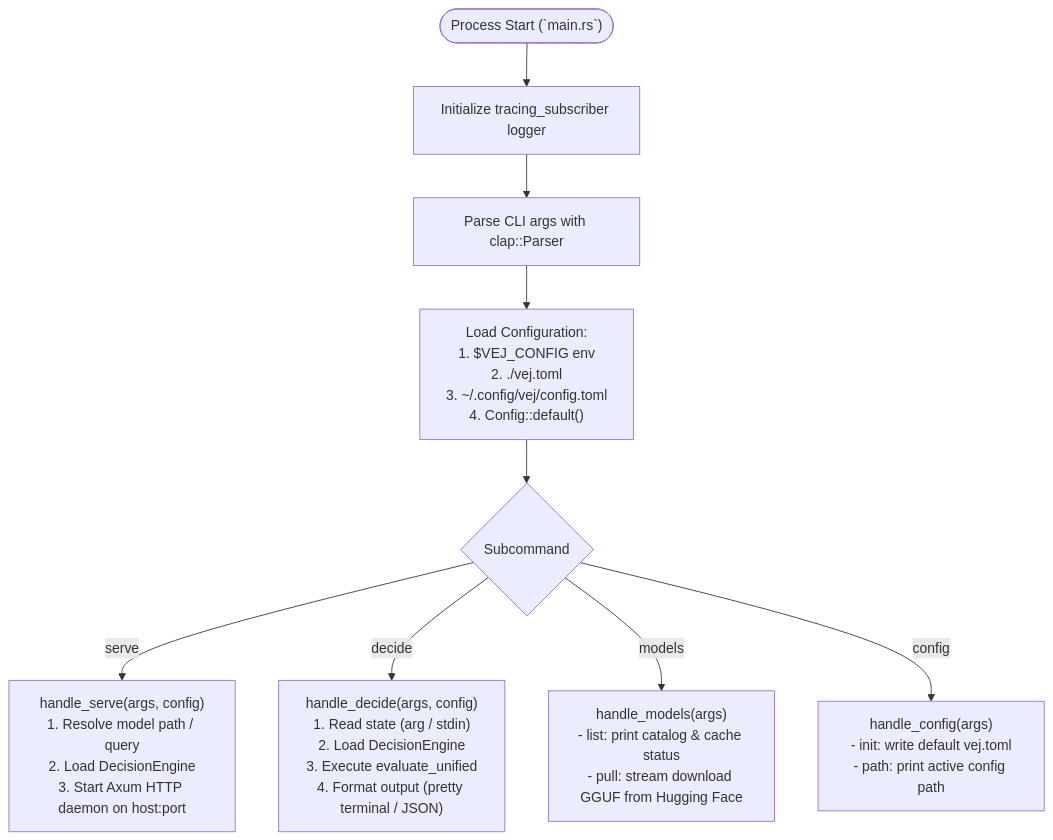
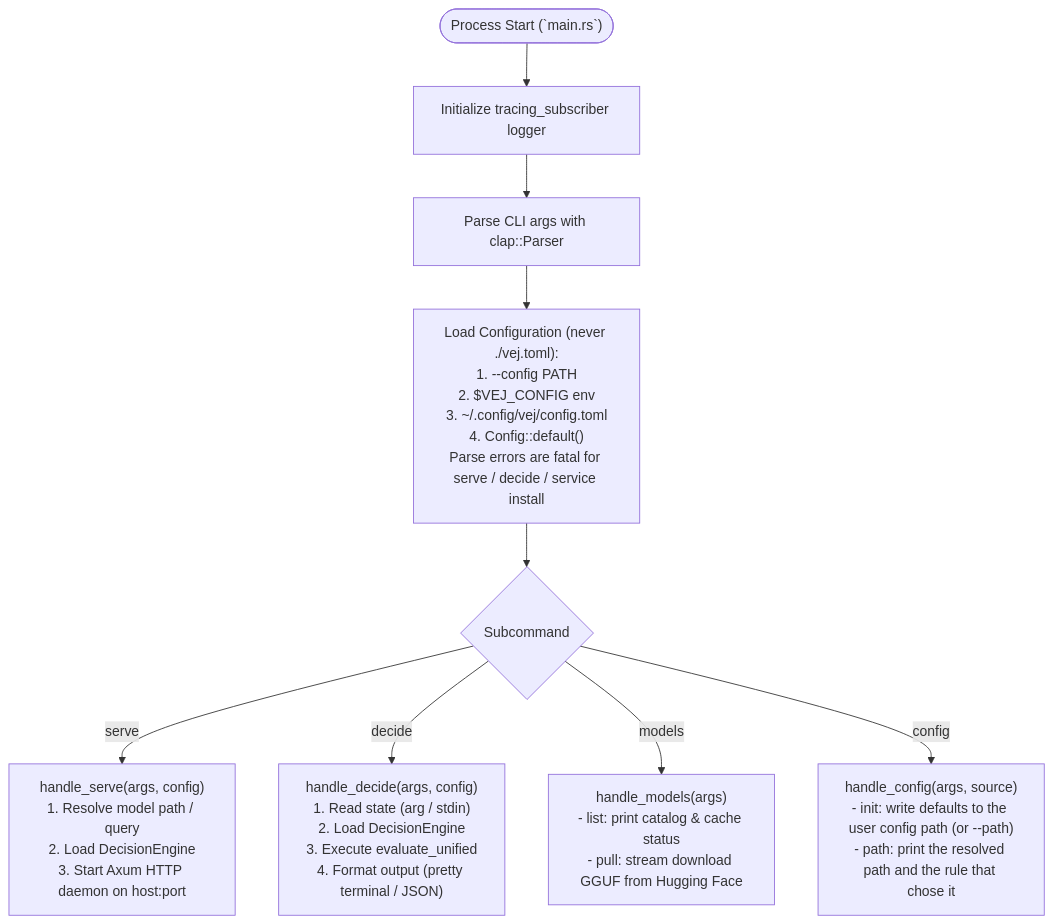
The second of 8 diagrams in LOGIC.md (moscait/vej), drawn with Mermaid before and after one commit. The commit also changed other lines of this file and 14 other files, not shown here.

````diff
--- a/LOGIC.md
+++ b/LOGIC.md
@@ -88,13 +88,13 @@
 ```mermaid
 flowchart TD
     Start(["Process Start (`main.rs`)"]) --> InitTracing["Initialize tracing_subscriber logger"]
     InitTracing --> ParseCLI["Parse CLI args with clap::Parser"]
-    ParseCLI --> LoadConfig["Load Configuration:\n1. $VEJ_CONFIG env\n2. ./vej.toml\n3. ~/.config/vej/config.toml\n4. Config::default()"]
+    ParseCLI --> LoadConfig["Load Configuration (never ./vej.toml):\n1. --config PATH\n2. $VEJ_CONFIG env\n3. ~/.config/vej/config.toml\n4. Config::default()\nParse errors are fatal for serve / decide / service install"]
     
     LoadConfig --> SubcmdBranch{"Subcommand"}
 
     SubcmdBranch -->|"serve"| HandleServe["handle_serve(args, config)\n1. Resolve model path / query\n2. Load DecisionEngine\n3. Start Axum HTTP daemon on host:port"]
     SubcmdBranch -->|"decide"| HandleDecide["handle_decide(args, config)\n1. Read state (arg / stdin)\n2. Load DecisionEngine\n3. Execute evaluate_unified\n4. Format output (pretty terminal / JSON)"]
     SubcmdBranch -->|"models"| HandleModels["handle_models(args)\n- list: print catalog & cache status\n- pull: stream download GGUF from Hugging Face"]
-    SubcmdBranch -->|"config"| HandleConfig["handle_config(args)\n- init: write default vej.toml\n- path: print active config path"]
+    SubcmdBranch -->|"config"| HandleConfig["handle_config(args, source)\n- init: write defaults to the user config path (or --path)\n- path: print the resolved path and the rule that chose it"]
 ```
````
